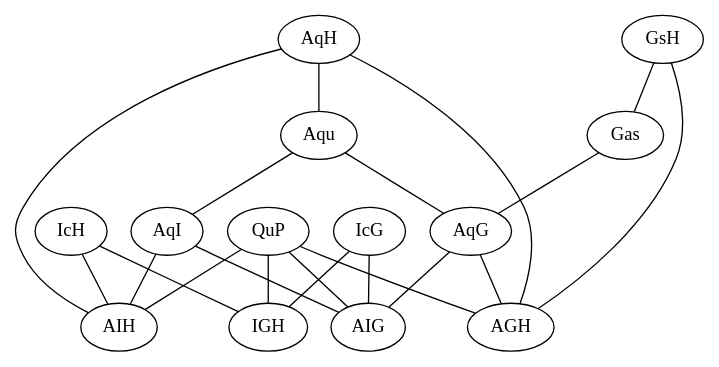
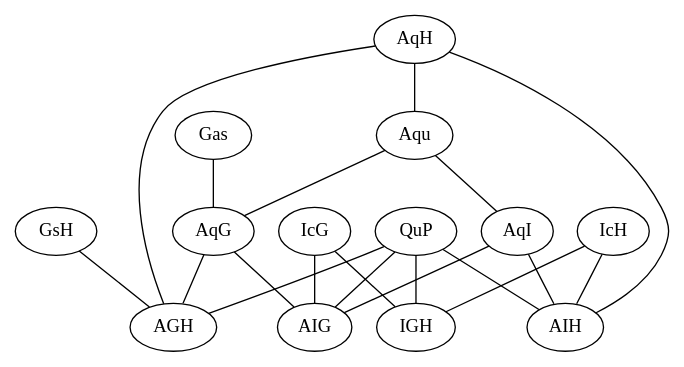
One commit to afqueiruga/LatentPrimaries changed the diagram in figures/hydrate_statemachine.dot. Above: the diagram before and after it, drawn with Graphviz.

Commit message:
phase change figure

```diff
--- a/figures/hydrate_statemachine.dot
+++ b/figures/hydrate_statemachine.dot
@@ -1,17 +1,16 @@
 graph {
       QuP -- { AGH AIG AIH IGH }
 
       Aqu -- { AqG AqI }
       AqG -- { AGH AIG }
       IcG -- { AIG IGH }
 
       AqH -- { AGH AIH Aqu }
       IcH -- { AIH IGH }
 
       AqI -- { AIG }
       GsH -- { AGH }
 
       Gas -- { AqG  }
-      GsH -- { Gas }
       AqI -- { AIH }
 }
```
